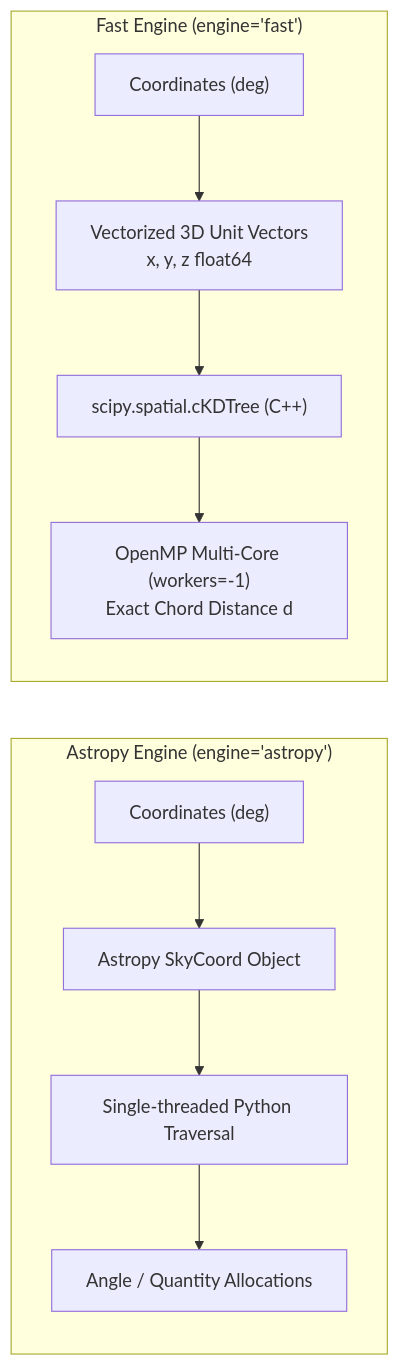
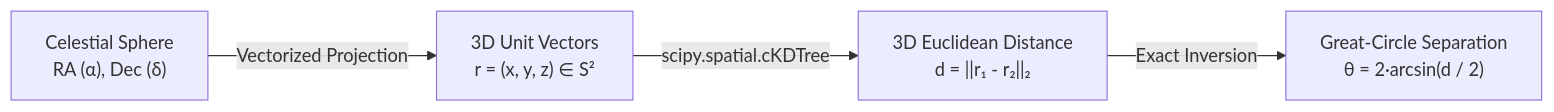
The second of 6 diagrams in docs/algorithms.md (astroai/xmatcher), drawn with Mermaid before and after one commit. The commit also changed other lines of this file and 5 other files, not shown here.

````diff
--- a/docs/algorithms.md
+++ b/docs/algorithms.md
@@ -33,14 +84,6 @@
 ```mermaid
-graph LR
-    subgraph "Astropy Engine (engine='astropy')"
-        A1["Coordinates (deg)"] --> A2["Astropy SkyCoord Object"]
-        A2 --> A3["Single-threaded Python Traversal"]
-        A3 --> A4["Angle / Quantity Allocations"]
-    end
-
-    subgraph "Fast Engine (engine='fast')"
-        B1["Coordinates (deg)"] --> B2["Vectorized 3D Unit Vectors<br/>x, y, z float64"]
-        B2 --> B3["scipy.spatial.cKDTree (C++)"]
-        B3 --> B4["OpenMP Multi-Core (workers=-1)<br/>Exact Chord Distance d"]
-    end
+flowchart LR
+    A["Celestial Sphere<br/>RA (α), Dec (δ)"] -->|"Vectorized Projection"| B["3D Unit Vectors<br/>r = (x, y, z) &isin; S²"]
+    B -->|"scipy.spatial.cKDTree"| C["3D Euclidean Distance<br/>d = ||r₁ - r₂||₂"]
+    C -->|"Exact Inversion"| D["Great-Circle Separation<br/>θ = 2·arcsin(d / 2)"]
 ```
````
